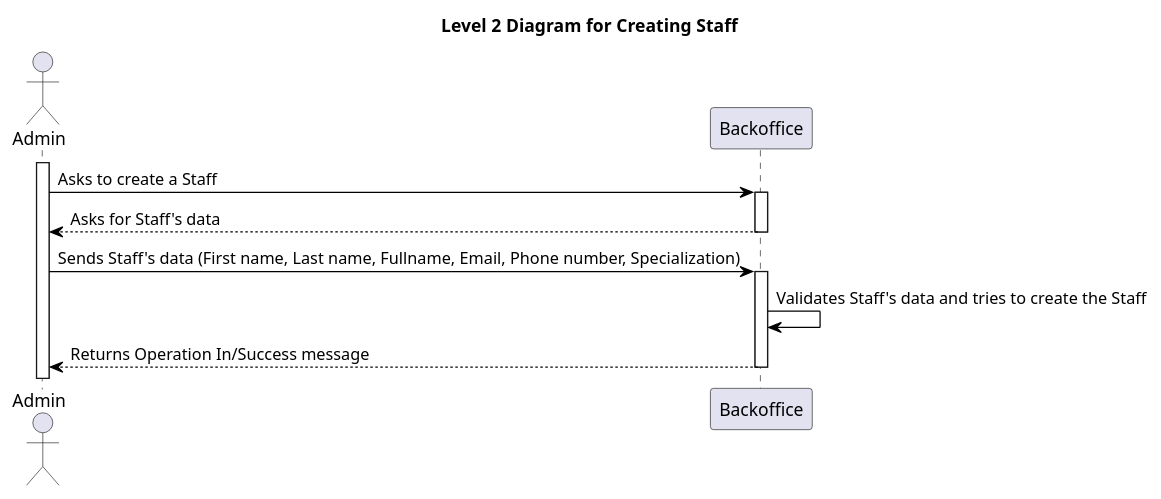
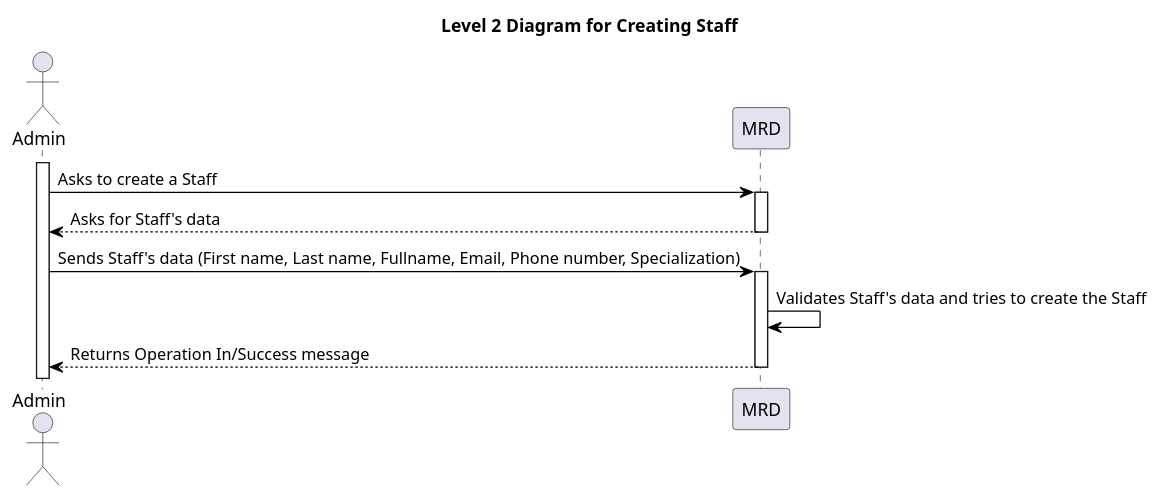
The diagram in docs/sprint_A/us_5.1.12/level_2/puml/level_2.puml (vscosousa/LAPR5_3DC_G15), drawn with PlantUML before and after one commit. The commit also changed 10 other files, not shown here.

```diff
--- a/docs/sprint_A/us_5.1.12/level_2/puml/level_2.puml
+++ b/docs/sprint_A/us_5.1.12/level_2/puml/level_2.puml
@@ -1,34 +1,34 @@
 @startuml level_2
 
 title Level 2 Diagram for Creating Staff
 
 hide empty members
 'skinparam Linetype ortho
 
 skinparam class {
     BackgroundColor<<valueObject>> #D6EAF8
     BackgroundColor<<root>> #FDEBD0
     BackgroundColor<<service>> #D1F2EB
     BackgroundColor #FEF9E7
     ArrowColor Black
 }
 
 skinparam package {
     BackgroundColor #EBF5FB
 }
 
 actor Admin as A
-participant "Backoffice" as BO
+participant "MRD" as BO
 
 activate A
 A -> BO: Asks to create a Staff
 activate BO
 BO --> A: Asks for Staff's data
 deactivate BO
 A -> BO: Sends Staff's data (First name, Last name, Fullname, Email, Phone number, Specialization)
 activate BO
 BO -> BO: Validates Staff's data and tries to create the Staff
 BO --> A: Returns Operation In/Success message
 deactivate BO
 
 @enduml
```
